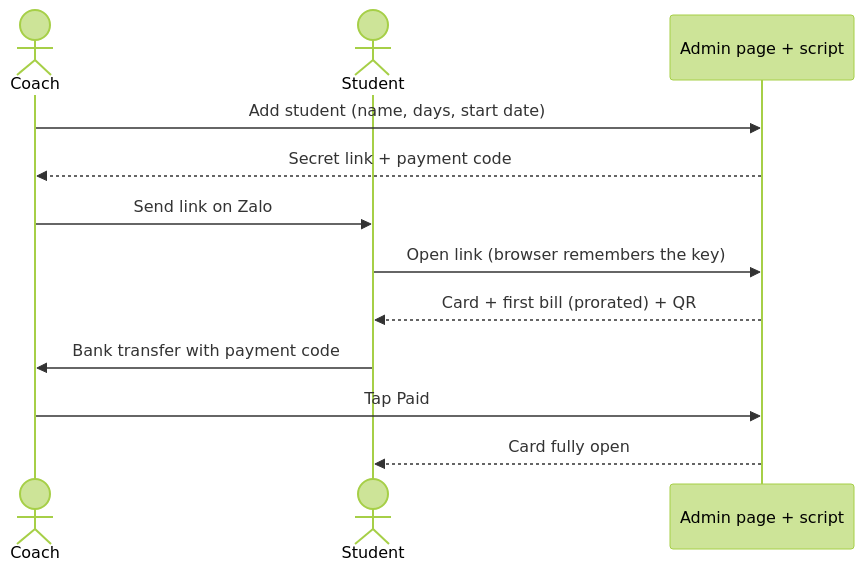
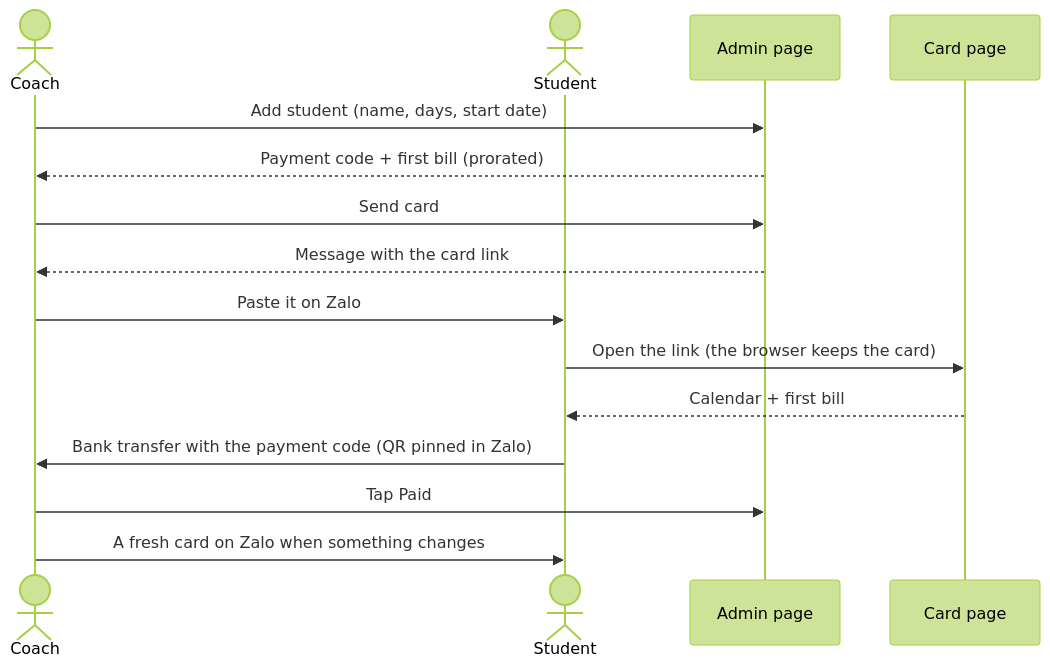
Before and after one commit to birdiecrew/birdiecrew.github.io: the second of 5 diagrams in PLAN.md, drawn with Mermaid (forest theme). The commit also changed other lines of this file and 18 other files, not shown here.

````diff
--- a/PLAN.md
+++ b/PLAN.md
@@ -20,14 +24,17 @@
 ```mermaid
 sequenceDiagram
   actor Coach
   actor Student
-  participant Site as Admin page + script
-  Coach->>Site: Add student (name, days, start date)
-  Site-->>Coach: Secret link + payment code
-  Coach->>Student: Send link on Zalo
-  Student->>Site: Open link (browser remembers the key)
-  Site-->>Student: Card + first bill (prorated) + QR
-  Student->>Coach: Bank transfer with payment code
-  Coach->>Site: Tap Paid
-  Site-->>Student: Card fully open
+  participant Admin as Admin page
+  participant Card as Card page
+  Coach->>Admin: Add student (name, days, start date)
+  Admin-->>Coach: Payment code + first bill (prorated)
+  Coach->>Admin: Send card
+  Admin-->>Coach: Message with the card link
+  Coach->>Student: Paste it on Zalo
+  Student->>Card: Open the link (the browser keeps the card)
+  Card-->>Student: Calendar + first bill
+  Student->>Coach: Bank transfer with the payment code (QR pinned in Zalo)
+  Coach->>Admin: Tap Paid
+  Coach->>Student: A fresh card on Zalo when something changes
 ```
````
